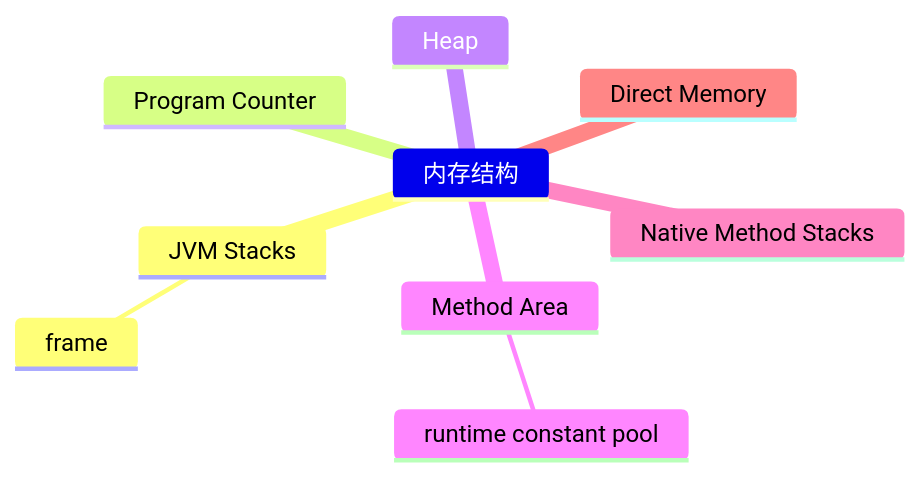
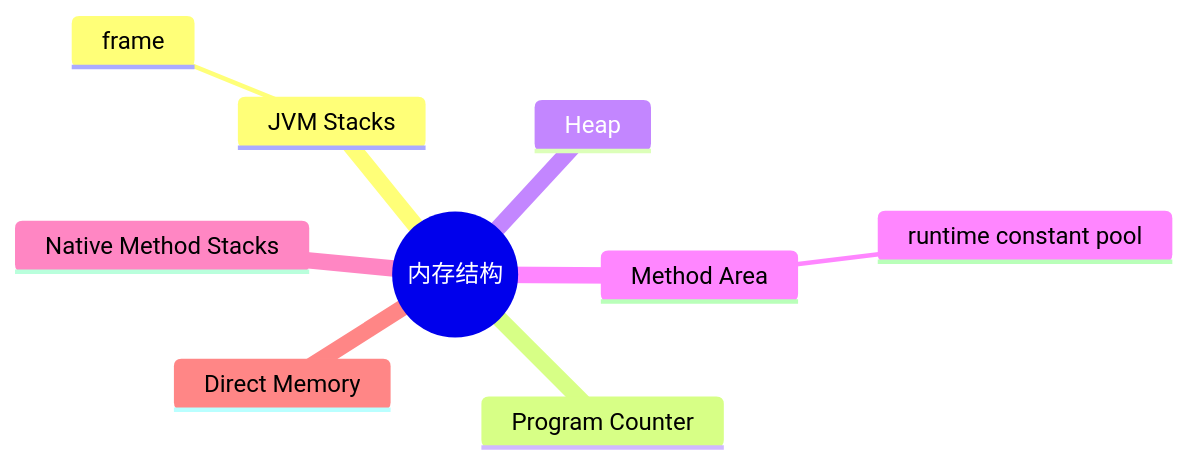
Before and after one commit to 0xcaffebabe/note: the first of 4 diagrams in doc/编程语言/JAVA/JVM/自动内存管理/内存结构.md, drawn with Mermaid. The commit also changed 12 other files, not shown here.

First line of the commit message:
docs(mindmap): 统一思维导图根节点格式

````diff
--- a/doc/编程语言/JAVA/JVM/自动内存管理/内存结构.md
+++ b/doc/编程语言/JAVA/JVM/自动内存管理/内存结构.md
@@ -15,12 +15,12 @@
 ```mermaid
 mindmap
-    内存结构
+    root((内存结构))
         JVM Stacks
             frame
         Program Counter
         Heap
         Method Area
             runtime constant pool
         Native Method Stacks
         Direct Memory
 ```
````
